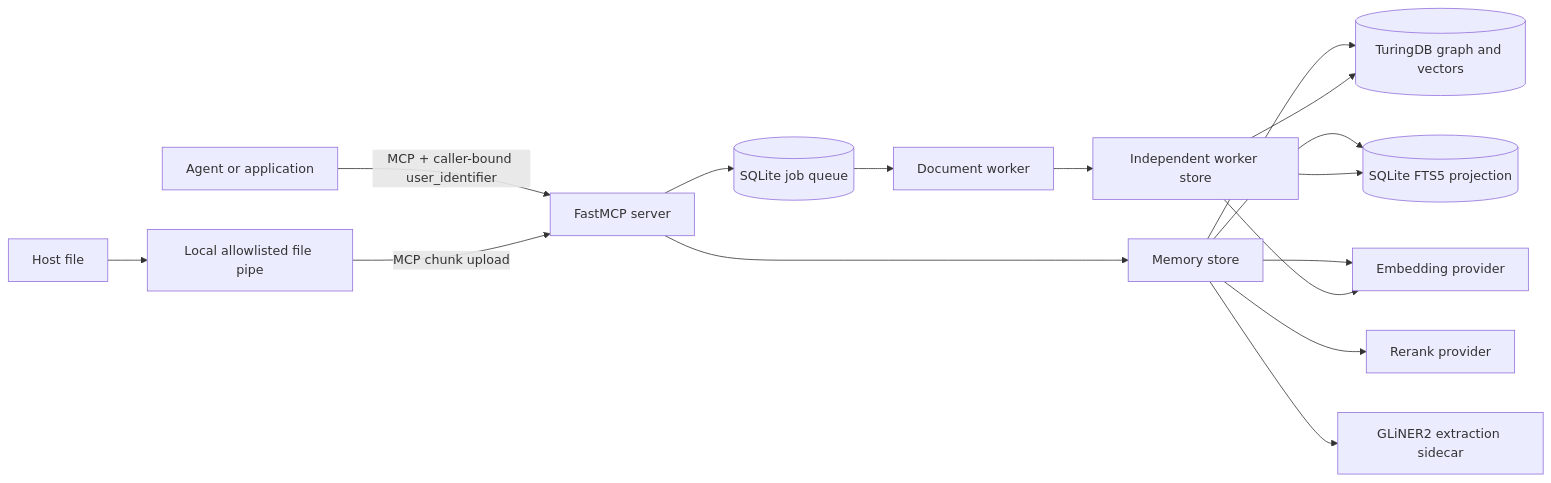
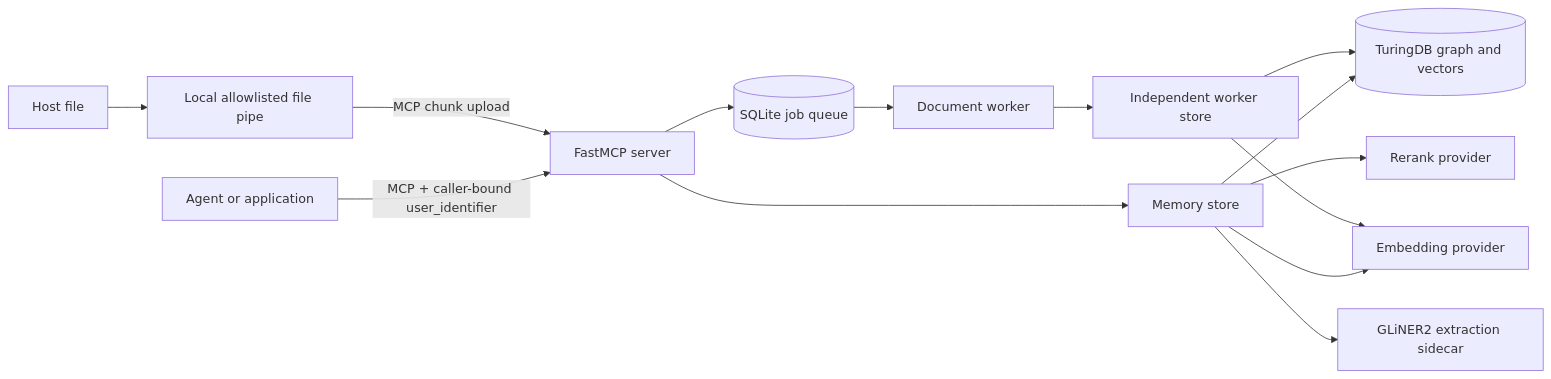
Before and after one commit to chetto1983/turing_AgentMemory_MCP: the diagram in docs/architecture.md, drawn with Mermaid. The commit also changed other lines of this file and 3 other files, not shown here.

````diff
--- a/docs/architecture.md
+++ b/docs/architecture.md
@@ -10,18 +10,16 @@
 ```mermaid
 flowchart LR
     Agent[Agent or application] -->|MCP + caller-bound user_identifier| MCP[FastMCP server]
     HostFile[Host file] --> Pipe[Local allowlisted file pipe]
     Pipe -->|MCP chunk upload| MCP
     MCP --> Store[Memory store]
     MCP --> Jobs[(SQLite job queue)]
     Jobs --> Worker[Document worker]
     Worker --> StoreWorker[Independent worker store]
     Store --> DB[(TuringDB graph and vectors)]
     StoreWorker --> DB
-    Store --> FTS[(SQLite FTS5 projection)]
-    StoreWorker --> FTS
     Store --> Embed[Embedding provider]
     StoreWorker --> Embed
     Store --> Rerank[Rerank provider]
     Store --> Extract[GLiNER2 extraction sidecar]
 ```
````
